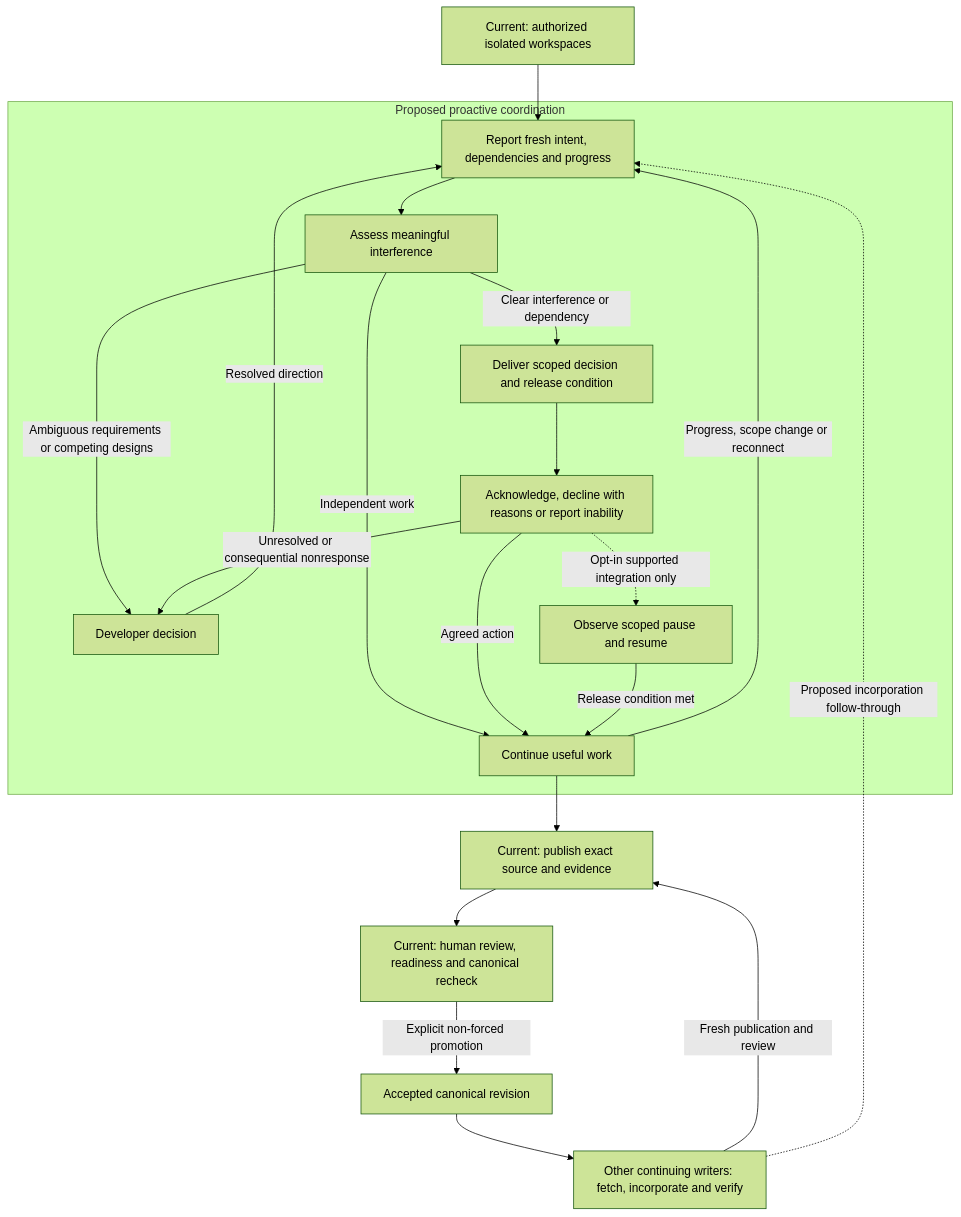
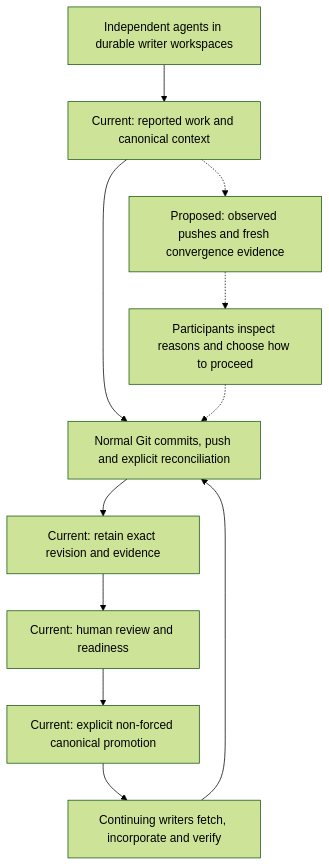
Before and after one commit to acltabontabon/cruce: the diagram in docs/product-thesis.md, drawn with Mermaid (forest theme). The commit also changed other lines of this file and 12 other files, not shown here.

First line of the commit message:
docs: audit Cruce coordination and Cloudflare architecture

````diff
--- a/docs/product-thesis.md
+++ b/docs/product-thesis.md
@@ -56,23 +35,13 @@
 ```mermaid
 flowchart TB
-    W[Current: authorized isolated workspaces] --> I
-    subgraph Proposed[Proposed proactive coordination]
-        I[Report fresh intent, dependencies and progress] --> A[Assess meaningful interference]
-        A -->|Independent work| C[Continue useful work]
-        A -->|Clear interference or dependency| D[Deliver scoped decision and release condition]
-        A -->|Ambiguous requirements or competing designs| H[Developer decision]
-        D --> R[Acknowledge, decline with reasons or report inability]
-        R -->|Agreed action| C
-        R -->|Unresolved or consequential nonresponse| H
-        H -->|Resolved direction| I
-        R -.->|Opt-in supported integration only| P[Observe scoped pause and resume]
-        P -->|Release condition met| C
-        C -->|Progress, scope change or reconnect| I
-    end
-    C --> V[Current: publish exact source and evidence]
-    V --> G[Current: human review, readiness and canonical recheck]
-    G -->|Explicit non-forced promotion| K[Accepted canonical revision]
-    K --> F[Other continuing writers: fetch, incorporate and verify]
-    F -->|Fresh publication and review| V
-    F -.->|Proposed incorporation follow-through| I
+    W[Independent agents in durable writer workspaces] --> O[Current: reported work and canonical context]
+    O -.-> E[Proposed: observed pushes and fresh convergence evidence]
+    E -.-> I[Participants inspect reasons and choose how to proceed]
+    O --> G[Normal Git commits, push and explicit reconciliation]
+    I -.-> G
+    G --> P[Current: retain exact revision and evidence]
+    P --> R[Current: human review and readiness]
+    R --> C[Current: explicit non-forced canonical promotion]
+    C --> F[Continuing writers fetch, incorporate and verify]
+    F --> G
 ```
````
